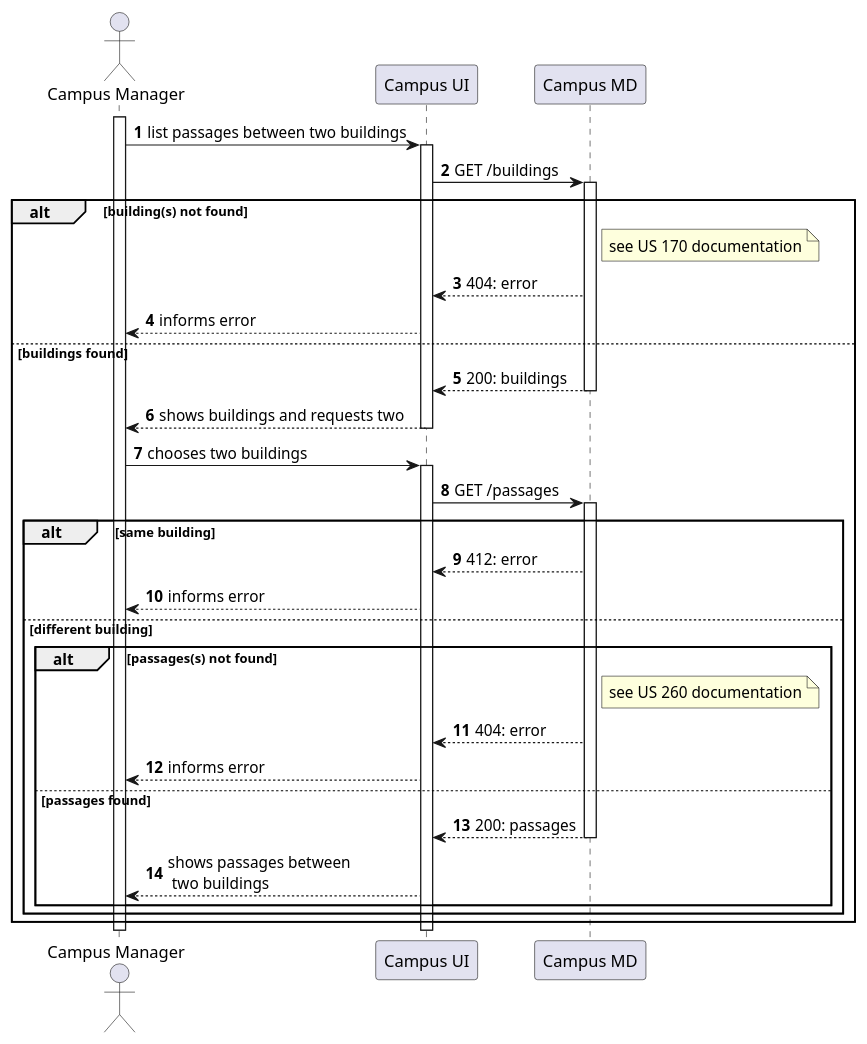
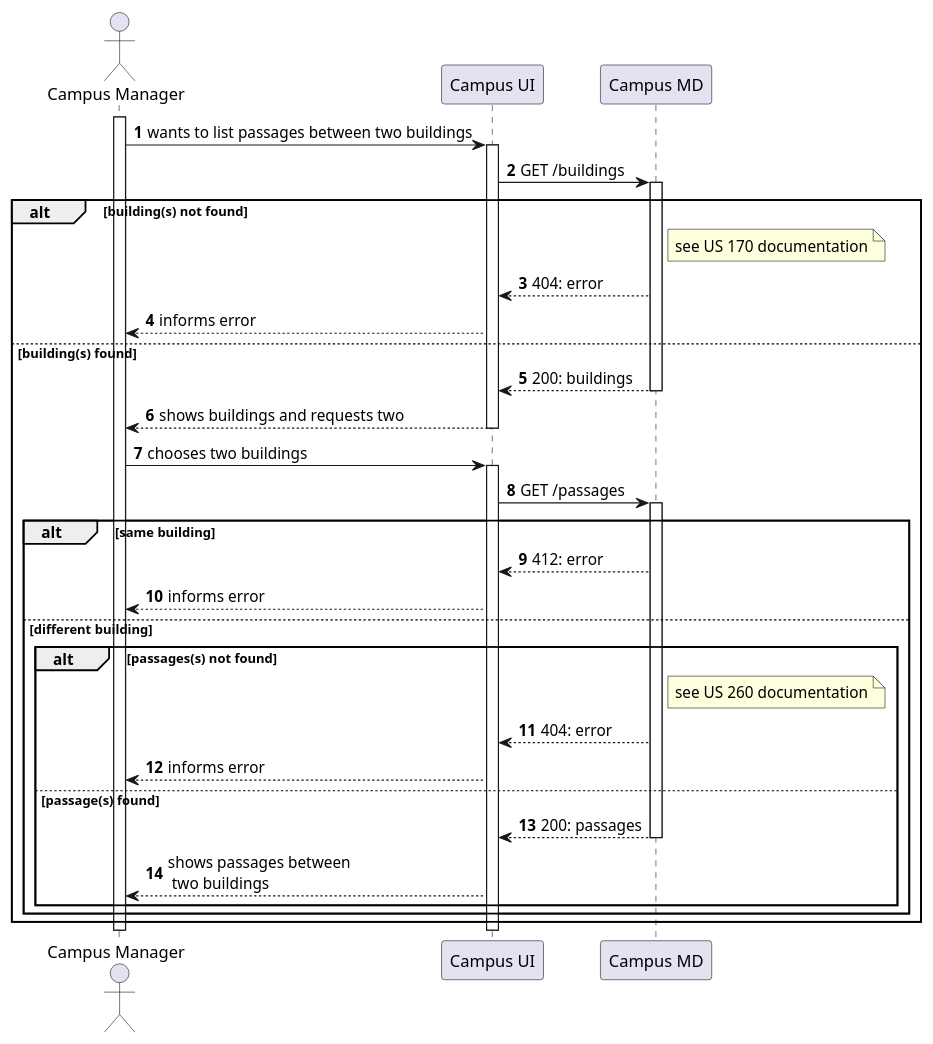
The diagram in docs/us1190/level2/process-view.puml (Departamento-de-Engenharia-Informatica/lapr5-23-24-g19), drawn with PlantUML before and after one commit. The commit also changed 13 other files, not shown here.

```diff
--- a/docs/us1190/level2/process-view.puml
+++ b/docs/us1190/level2/process-view.puml
@@ -1,55 +1,55 @@
 @startuml
 autonumber
 
 actor "Campus Manager" as usr
 
 participant "Campus UI" as ui
 participant "Campus MD" as md
 
 activate usr
-    usr -> ui : list passages between two buildings
+    usr -> ui : wants to list passages between two buildings
     activate ui
 
         ui -> md : GET /buildings
         alt building(s) not found
             activate md
             note right of md : see US 170 documentation
                 md --> ui : 404: error
 
             ui --> usr : informs error
 
-        else buildings found
+        else building(s) found
             md --> ui : 200: buildings
 
             deactivate md
             ui --> usr : shows buildings and requests two
     deactivate ui
 
     usr -> ui : chooses two buildings
     activate ui
         ui -> md : GET /passages
         activate md
 
 
         alt same building
             md --> ui : 412: error
             ui --> usr: informs error
         else different building
 
         alt passages(s) not found
                 note right of md : see US 260 documentation
                 md --> ui: 404: error
 
             ui --> usr : informs error
-        else passages found
+        else passage(s) found
             md --> ui : 200: passages
 
             deactivate md
             ui --> usr : shows passages between\n two buildings
             end
         end
     end
     deactivate ui
 deactivate usr
 
 @enduml
```
